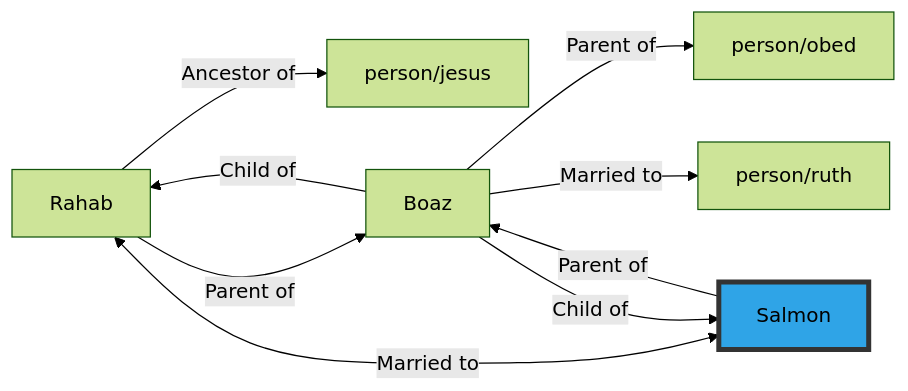
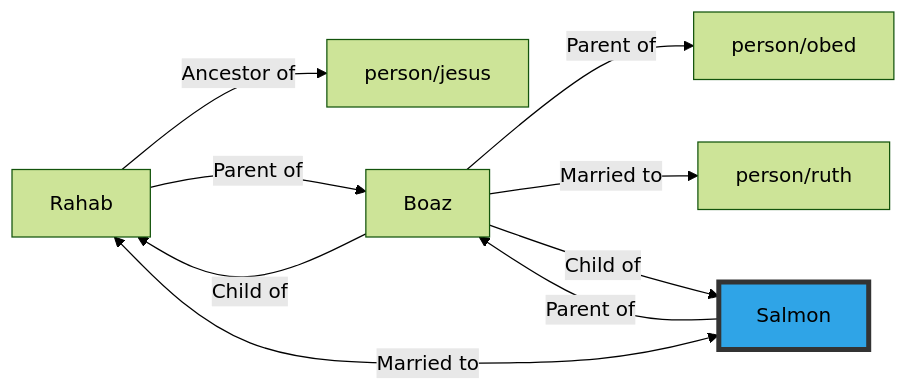
Before and after one commit to whitetreebible/connections: the first of 2 diagrams in docs/en/person/salmon.md, drawn with Mermaid (forest theme). The commit also changed other lines of this file and 6 other files, not shown here.

````diff
--- a/docs/en/person/salmon.md
+++ b/docs/en/person/salmon.md
@@ -12,15 +12,15 @@
 ```mermaid
 graph LR;
     Rahab -->|Ancestor of| person/jesus
     Salmon -->|Parent of| Boaz
+    Boaz -->|Parent of| person/obed
     Rahab -->|Parent of| Boaz
-    Boaz -->|Parent of| person/obed
-    Rahab <-->|Married to| Salmon
     Boaz -->|Married to| person/ruth
+    Salmon <-->|Married to| Rahab
     Boaz -->|Child of| Salmon
     Boaz -->|Child of| Rahab
     style Salmon fill:#2fa4e7,stroke:#333,stroke-width:4px;
     click Salmon "../../person/salmon/"
     click Boaz "../../person/boaz/"
     click Rahab "../../person/rahab/"
 ```
````
